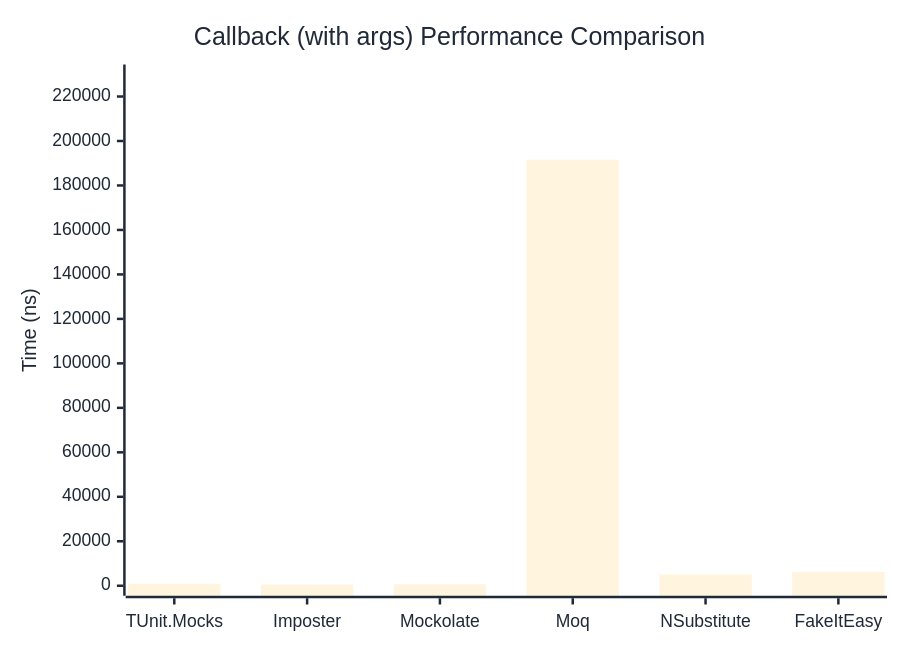
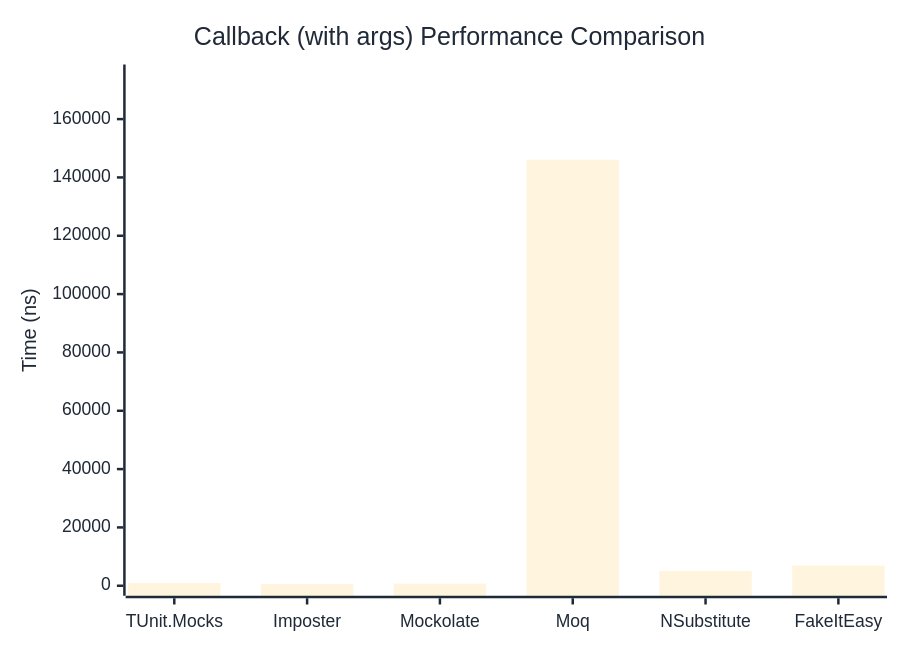
One commit to thomhurst/TUnit changed the second of 2 diagrams in docs/docs/benchmarks/mocks/Callback.md. Above: the diagram before and after it, drawn with Mermaid. The commit also changed other lines of this file and 14 other files, not shown here.

````diff
--- a/docs/docs/benchmarks/mocks/Callback.md
+++ b/docs/docs/benchmarks/mocks/Callback.md
@@ -69,27 +69,27 @@
 ```mermaid
 %%{init: {
   'theme':'base',
   'themeVariables': {
     'primaryColor': '#2563eb',
     'primaryTextColor': '#1f2937',
     'primaryBorderColor': '#1e40af',
     'lineColor': '#6b7280',
     'secondaryColor': '#7c3aed',
     'tertiaryColor': '#dc2626',
     'background': '#ffffff',
     'pie1': '#2563eb',
     'pie2': '#7c3aed',
     'pie3': '#dc2626',
     'pie4': '#f59e0b',
     'pie5': '#10b981',
     'pie6': '#06b6d4',
     'pie7': '#ec4899',
     'pie8': '#6366f1'
   }
 }}%%
 xychart-beta
   title "Callback (with args) Performance Comparison"
   x-axis ["TUnit.Mocks", "Imposter", "Mockolate", "Moq", "NSubstitute", "FakeItEasy"]
-  y-axis "Time (ns)" 0 --> 229902
-  bar [905.4, 532, 682.8, 191584.7, 5140.2, 6140.7]
+  y-axis "Time (ns)" 0 --> 175292
+  bar [908.8, 557.2, 716.3, 146076.4, 5046.6, 6906.8]
 ```
````
